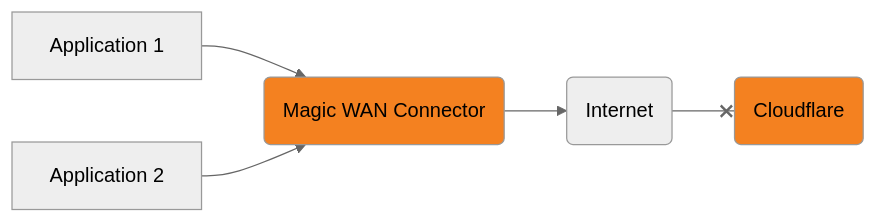
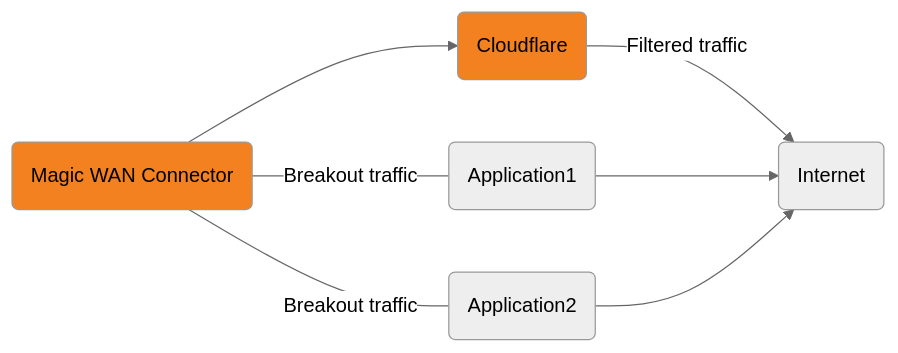
One commit to cloudflare/cloudflare-docs changed the diagram in content/magic-wan/configuration/connector/network-options/application-based-policies/breakout-traffic.md. Above: the diagram before and after it, drawn with Mermaid (neutral theme).

Commit message:
breakout traffic

````diff
--- a/content/magic-wan/configuration/connector/network-options/application-based-policies/breakout-traffic.md
+++ b/content/magic-wan/configuration/connector/network-options/application-based-policies/breakout-traffic.md
@@ -14,9 +14,10 @@
 ```mermaid
 flowchart LR
 accTitle: In this example, the applications go directly to the Internet, skippking Cloudflare's security. filtering
-    a(Magic WAN Connector) --> b(Internet) --x c(Cloudflare)
-    d[Application 1] --> a
-    e[Application 2] --> a
+    a(Magic WAN Connector) --> b(Cloudflare) -->|Filtered traffic|c(Internet)
+
+    a-- Breakout traffic ---d(Application1) & e(Application2) --> c
+
     classDef orange fill:#f48120,color: black
-    class a,c orange
+    class a,b orange
 ```
````
